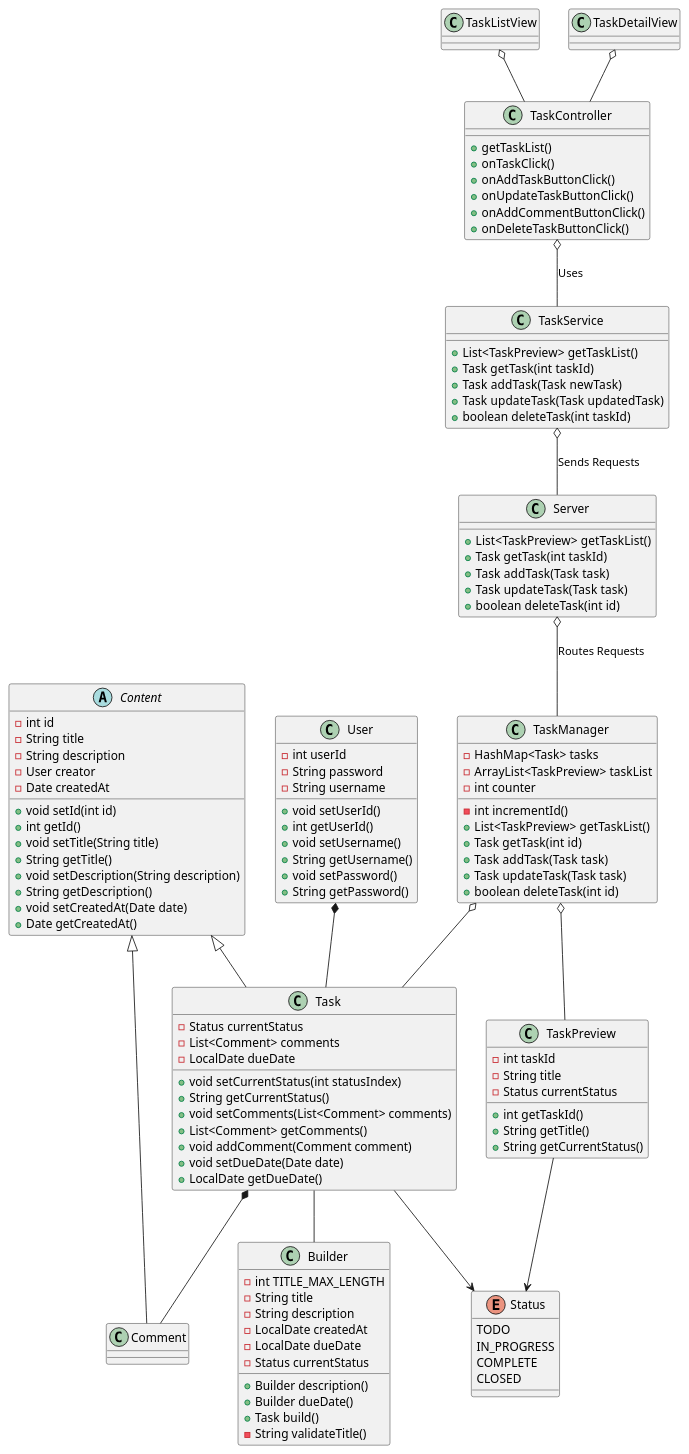
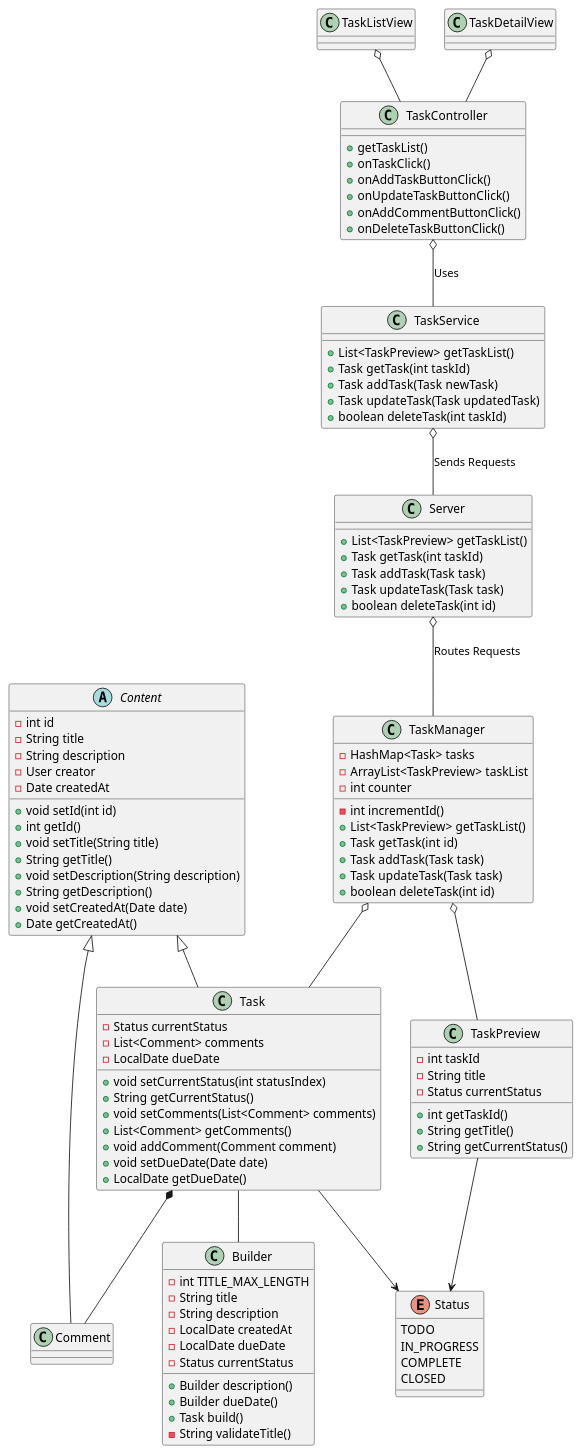
One commit to dalibran/javafinalp1 changed the diagram in uml/class.puml. Above: the diagram before and after it, drawn with PlantUML. The commit also changed 2 other files, not shown here.

```diff
--- a/uml/class.puml
+++ b/uml/class.puml
@@ -1,136 +1,123 @@
 @startuml
 'https://plantuml.com/class-diagram
 
 abstract class Content {
     - int id
     - String title
     - String description
     - User creator
     - Date createdAt
     + void setId(int id)
     + int getId()
     + void setTitle(String title)
     + String getTitle()
     + void setDescription(String description)
     + String getDescription()
     + void setCreatedAt(Date date)
     + Date getCreatedAt()
 }
 
 enum Status {
     TODO
     IN_PROGRESS
     COMPLETE
     CLOSED
 }
 
 class Task {
     - Status currentStatus
     - List<Comment> comments
     - LocalDate dueDate
     + void setCurrentStatus(int statusIndex)
     + String getCurrentStatus()
     + void setComments(List<Comment> comments)
     + List<Comment> getComments()
     + void addComment(Comment comment)
     + void setDueDate(Date date)
     + LocalDate getDueDate()
 }
 
 class Builder {
     - int TITLE_MAX_LENGTH
     - String title
     - String description
     - LocalDate createdAt
     - LocalDate dueDate
     - Status currentStatus
     + Builder description()
     + Builder dueDate()
     + Task build()
     - String validateTitle()
 
 }
 
 class TaskPreview {
     - int taskId
     - String title
     - Status currentStatus
     + int getTaskId()
     + String getTitle()
     + String getCurrentStatus()
 }
 
 class Comment {
 }
 
-class User {
-    - int userId
-    - String password
-    - String username
-    + void setUserId()
-    + int getUserId()
-    + void setUsername()
-    + String getUsername()
-    + void setPassword()
-    + String getPassword()
-}
-
 class TaskController {
     + getTaskList()
     + onTaskClick()
     + onAddTaskButtonClick()
     + onUpdateTaskButtonClick()
     + onAddCommentButtonClick()
     + onDeleteTaskButtonClick()
 }
 
 class TaskService {
     + List<TaskPreview> getTaskList()
     + Task getTask(int taskId)
     + Task addTask(Task newTask)
     + Task updateTask(Task updatedTask)
     + boolean deleteTask(int taskId)
 }
 
 class Server {
     + List<TaskPreview> getTaskList()
     + Task getTask(int taskId)
     + Task addTask(Task task)
     + Task updateTask(Task task)
     + boolean deleteTask(int id)
 }
 
 class TaskManager {
     - HashMap<Task> tasks
     - ArrayList<TaskPreview> taskList
     - int counter
     - int incrementId()
     + List<TaskPreview> getTaskList()
     + Task getTask(int id)
     + Task addTask(Task task)
     + Task updateTask(Task task)
     + boolean deleteTask(int id)
 }
 
 class TaskListView {
 }
 
 class TaskDetailView {
 }
 
 Content <|-- Task
 Content <|-- Comment
 Task *-- Comment
-User *-- Task
 TaskManager o-- Task
 TaskManager o-- TaskPreview
 TaskController o-- TaskService: Uses
 Task --> Status
 Task -- Builder
 TaskPreview --> Status
 TaskListView o-- TaskController
 TaskDetailView o-- TaskController
 TaskService o-- Server: Sends Requests
 Server o-- TaskManager: Routes Requests
 
 @enduml
```
